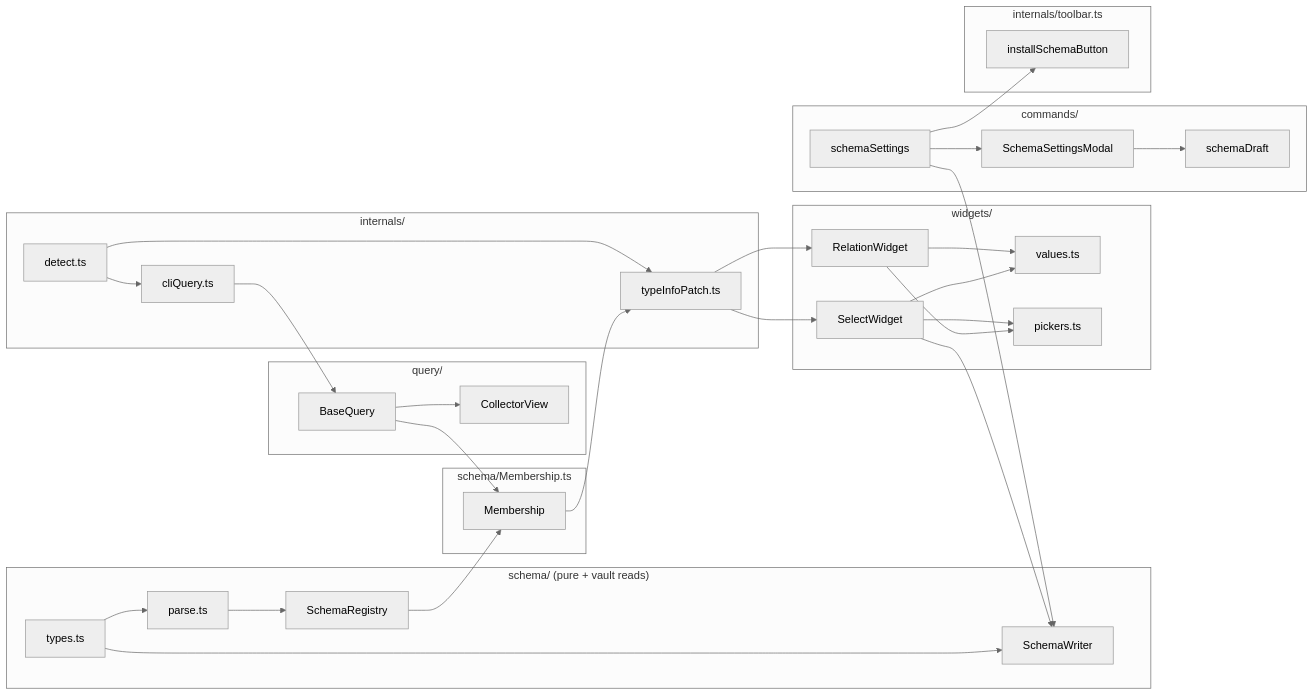
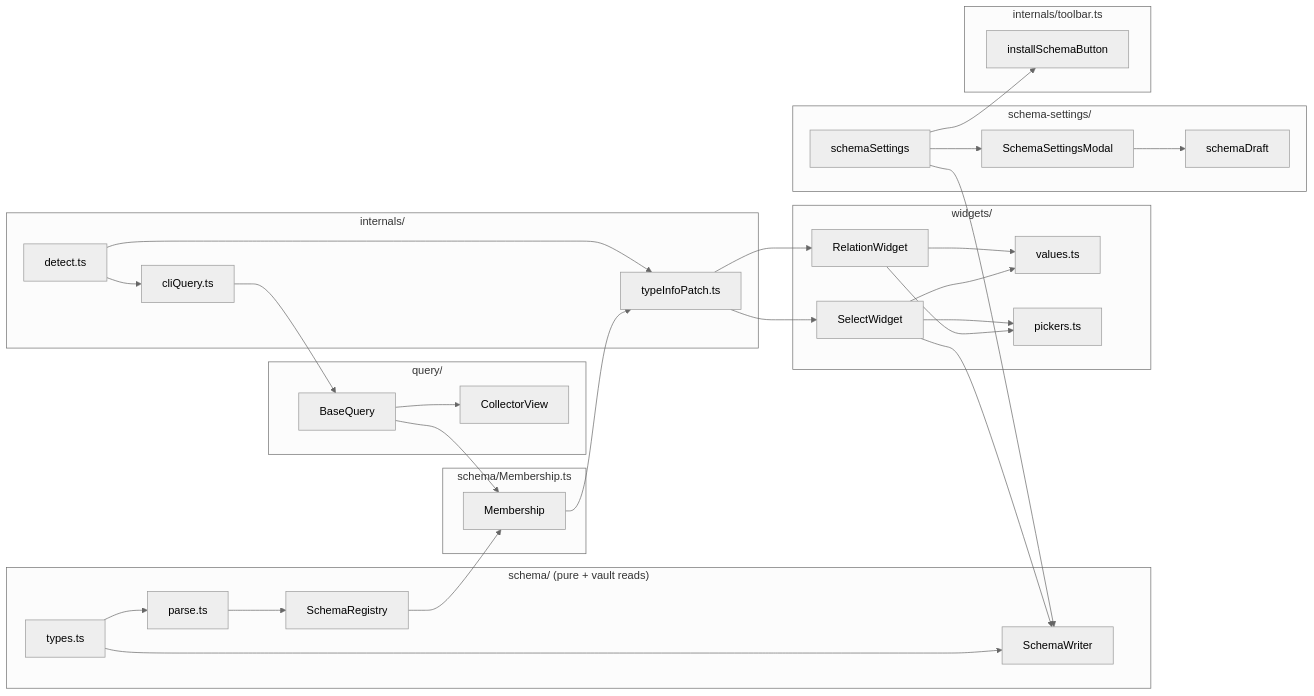
Before and after one commit to Macavity/obsidian-improved-bases: the diagram in wiki/architecture/layers.md, drawn with Mermaid (neutral theme). The commit also changed other lines of this file and 9 other files, not shown here.

Commit message:
Rename the Commands wiki page to Schema settings, re-stamp wiki

````diff
--- a/wiki/architecture/layers.md
+++ b/wiki/architecture/layers.md
@@ -17,40 +17,40 @@
 ```mermaid
 flowchart LR
   subgraph schema["schema/ (pure + vault reads)"]
     types[types.ts] --> parse[parse.ts]
     parse --> Registry[SchemaRegistry]
     types --> Writer[SchemaWriter]
   end
   subgraph query["query/"]
     BQ[BaseQuery] --> Collector[CollectorView]
   end
   subgraph membership["schema/Membership.ts"]
     M[Membership]
   end
   subgraph internals["internals/"]
     detect[detect.ts] --> patch[typeInfoPatch.ts]
     detect --> cli[cliQuery.ts]
   end
   subgraph widgets["widgets/"]
     RW[RelationWidget] --> values[values.ts]
     SW[SelectWidget] --> values
     SW --> pickers[pickers.ts]
     RW --> pickers
   end
-  subgraph commands["commands/"]
+  subgraph commands["schema-settings/"]
     ss[schemaSettings] --> Writer
     modal[SchemaSettingsModal] --> draft[schemaDraft]
     ss --> modal
   end
   subgraph toolbar["internals/toolbar.ts"]
     btn[installSchemaButton]
   end
   ss --> btn
   Registry --> M
   BQ --> M
   cli --> BQ
   M --> patch
   patch --> RW
   patch --> SW
   SW --> Writer
 ```
````
